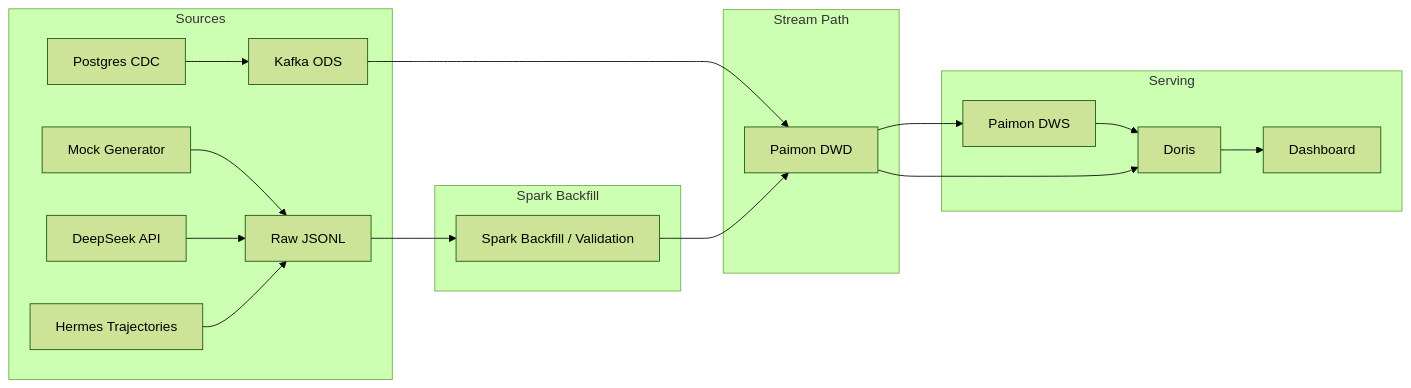
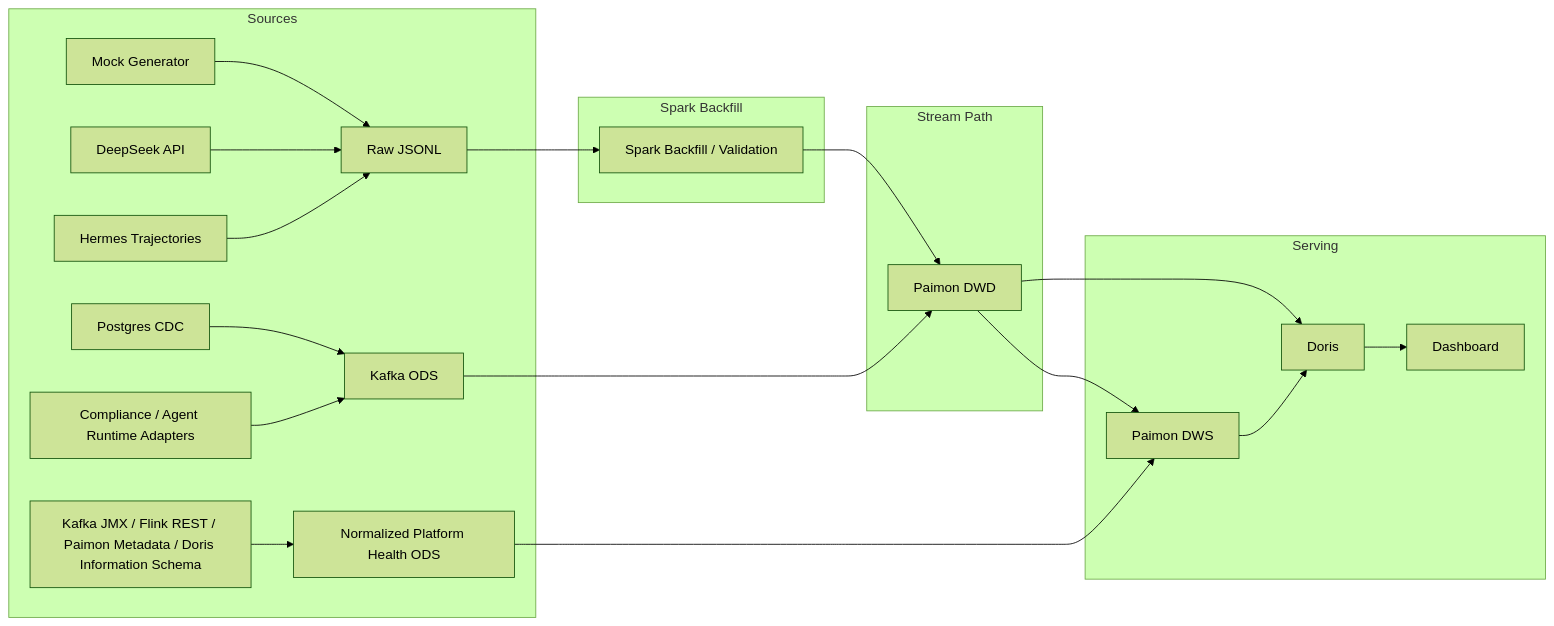
Before and after one commit to CHEUKFUNGWU/ai-observability-lakehouse: the diagram in docs/data_lineage.md, drawn with Mermaid (forest theme). The commit also changed 61 other files, not shown here.

````diff
--- a/docs/data_lineage.md
+++ b/docs/data_lineage.md
@@ -3,22 +3,25 @@
 ```mermaid
 graph LR
     subgraph Sources
         A["Mock Generator"] --> R["Raw JSONL"]
         B["DeepSeek API"] --> R
         C["Hermes Trajectories"] --> R
         D["Postgres CDC"] --> K["Kafka ODS"]
+        E["Compliance / Agent Runtime Adapters"] --> K
+        F["Kafka JMX / Flink REST / Paimon Metadata / Doris Information Schema"] --> PH["Normalized Platform Health ODS"]
     end
     subgraph Spark Backfill
         R --> SP["Spark Backfill / Validation"]
     end
     subgraph Stream Path
         K --> DWD_S["Paimon DWD"]
     end
     SP --> DWD_S
     DWD_S --> DWS_S["Paimon DWS"]
+    PH --> DWS_S
     subgraph Serving
         DWS_S --> CH["Doris"]
         DWD_S --> CH
         CH --> DASH["Dashboard"]
     end
 ```
````
